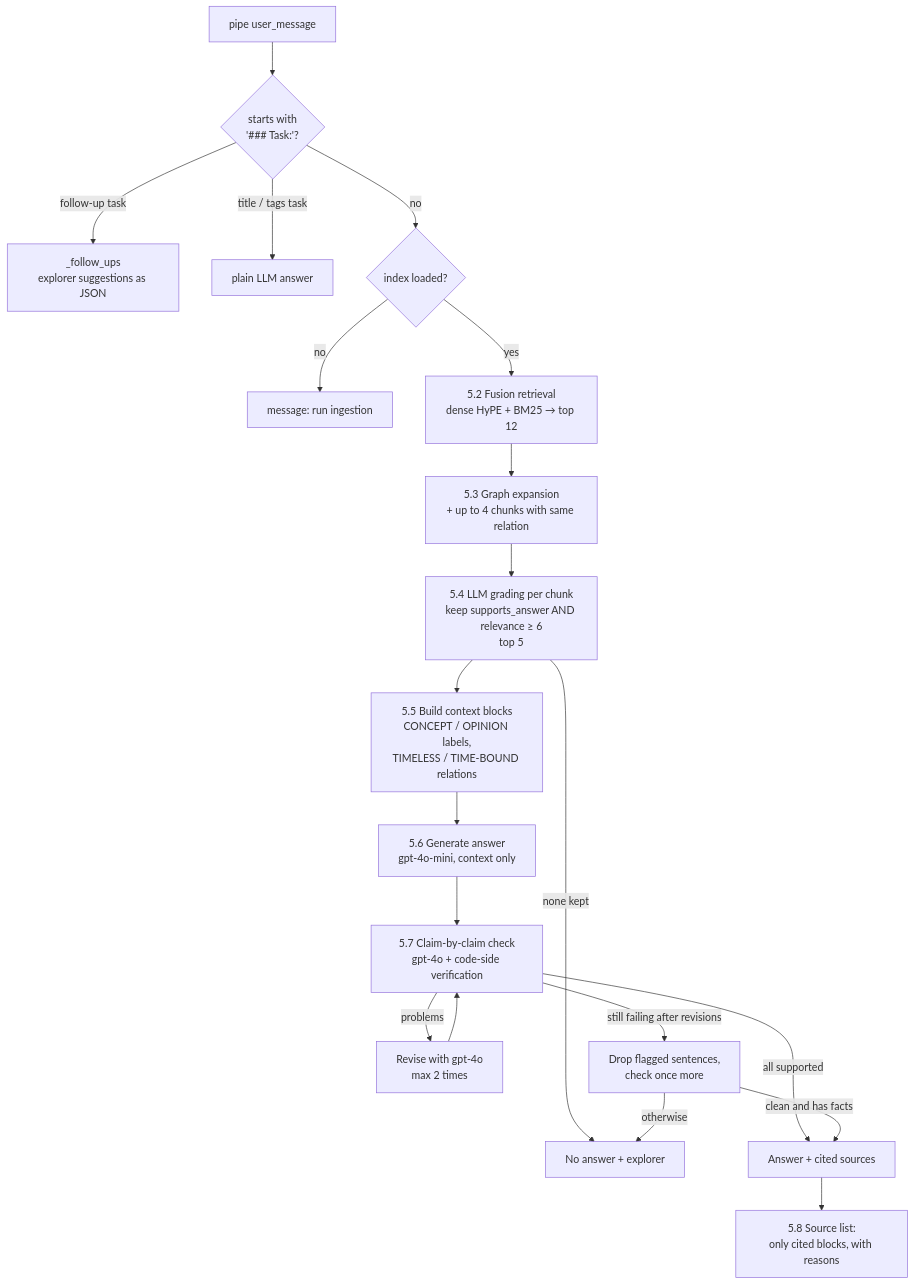
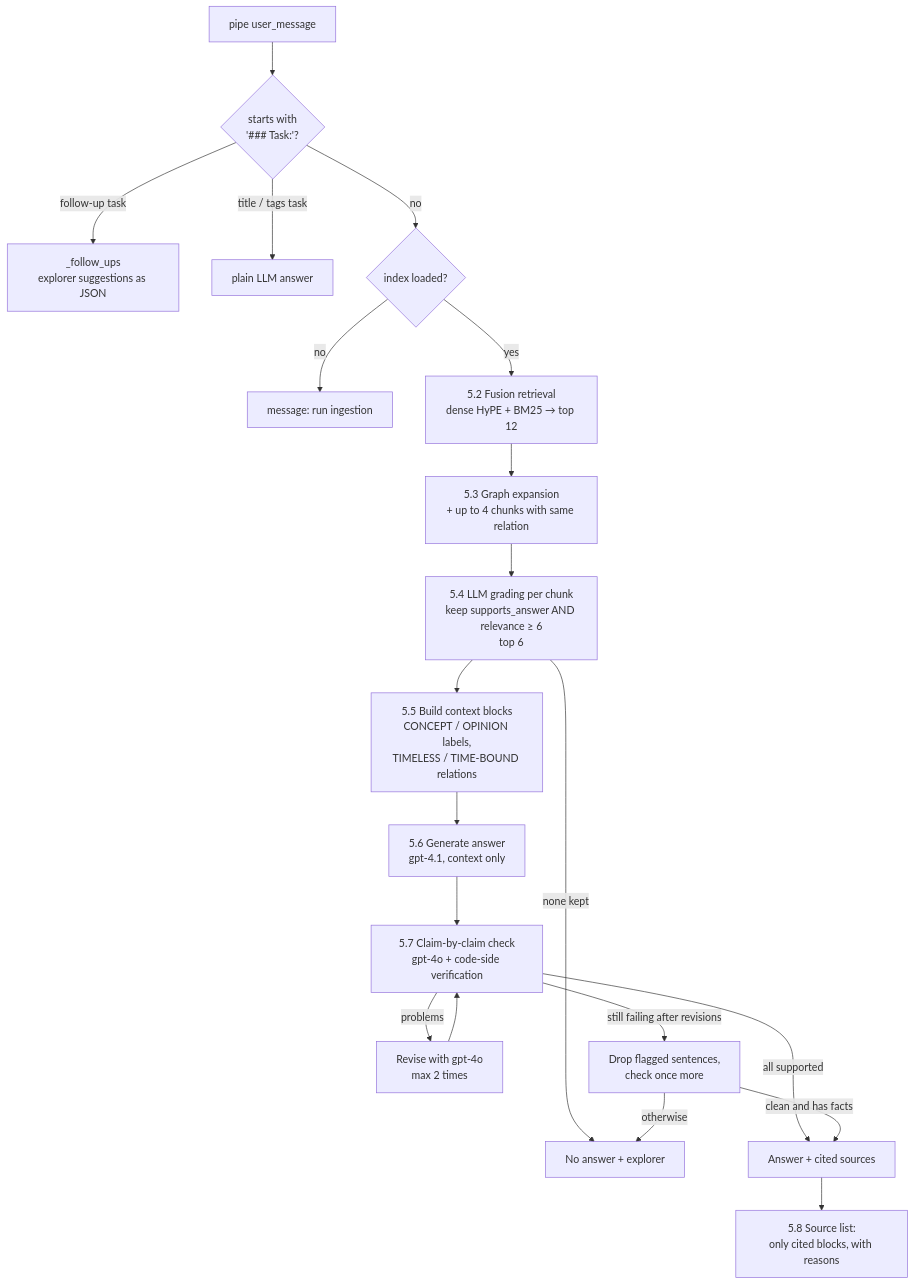
The third of 4 diagrams in docs/CAPITAL_RAG_PIPELINE.md (HaukeHoppe/MjoellnirAI), drawn with Mermaid before and after one commit. The commit also changed other lines of this file and 4 other files, not shown here.

First line of the commit message:
docs(docs): bring README, deep-dive docs and diagram up to date

````diff
--- a/docs/CAPITAL_RAG_PIPELINE.md
+++ b/docs/CAPITAL_RAG_PIPELINE.md
@@ -222,22 +228,22 @@
 ```mermaid
 flowchart TD
     Q[pipe user_message] --> T{starts with<br/>'### Task:'?}
     T -->|follow-up task| FU[_follow_ups<br/>explorer suggestions as JSON]
     T -->|title / tags task| PL[plain LLM answer]
     T -->|no| I{index loaded?}
     I -->|no| ERR[message: run ingestion]
     I -->|yes| R[5.2 Fusion retrieval<br/>dense HyPE + BM25 → top 12]
     R --> GX[5.3 Graph expansion<br/>+ up to 4 chunks with same relation]
-    GX --> GR[5.4 LLM grading per chunk<br/>keep supports_answer AND relevance ≥ 6<br/>top 5]
+    GX --> GR[5.4 LLM grading per chunk<br/>keep supports_answer AND relevance ≥ 6<br/>top 6]
     GR -->|none kept| NA[No answer + explorer]
     GR --> CTX[5.5 Build context blocks<br/>CONCEPT / OPINION labels,<br/>TIMELESS / TIME-BOUND relations]
-    CTX --> GEN[5.6 Generate answer<br/>gpt-4o-mini, context only]
+    CTX --> GEN[5.6 Generate answer<br/>gpt-4.1, context only]
     GEN --> CHK[5.7 Claim-by-claim check<br/>gpt-4o + code-side verification]
     CHK -->|all supported| OUT[Answer + cited sources]
     CHK -->|problems| REV[Revise with gpt-4o<br/>max 2 times]
     REV --> CHK
     CHK -->|still failing after revisions| TRIM[Drop flagged sentences,<br/>check once more]
     TRIM -->|clean and has facts| OUT
     TRIM -->|otherwise| NA
     OUT --> SRC[5.8 Source list:<br/>only cited blocks, with reasons]
 ```
````
